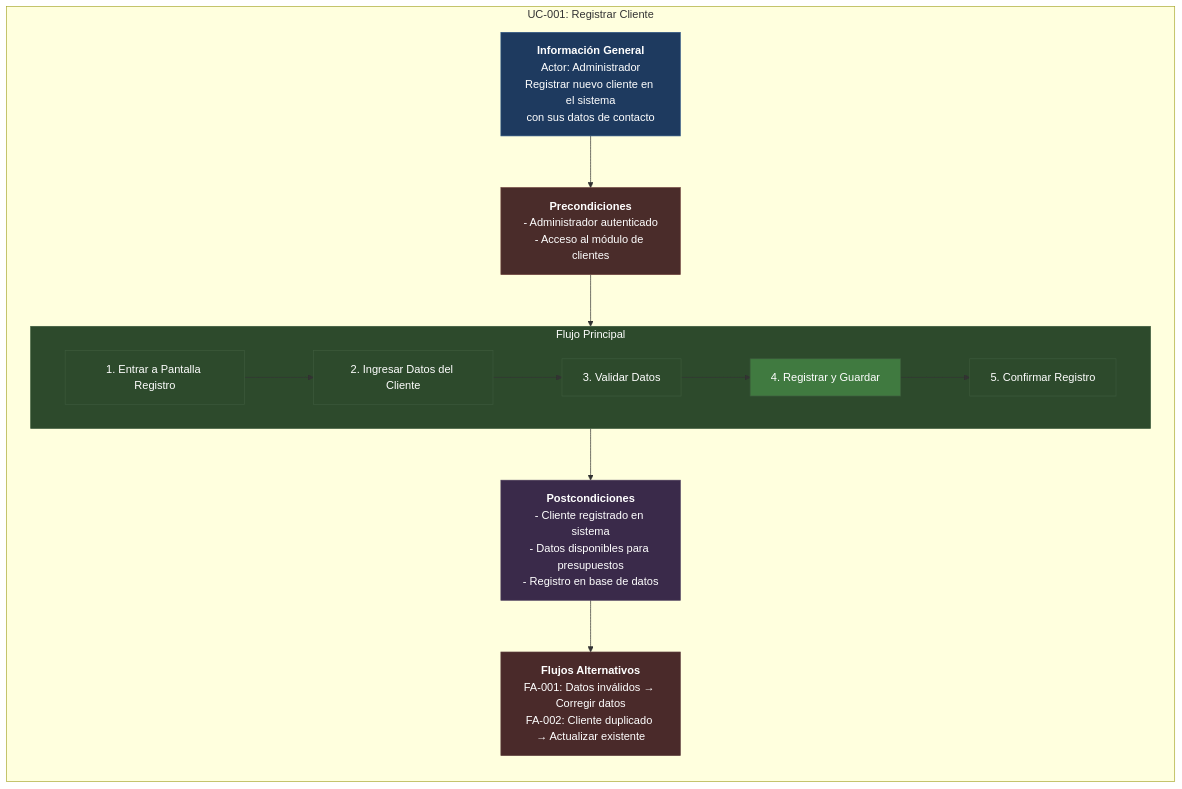
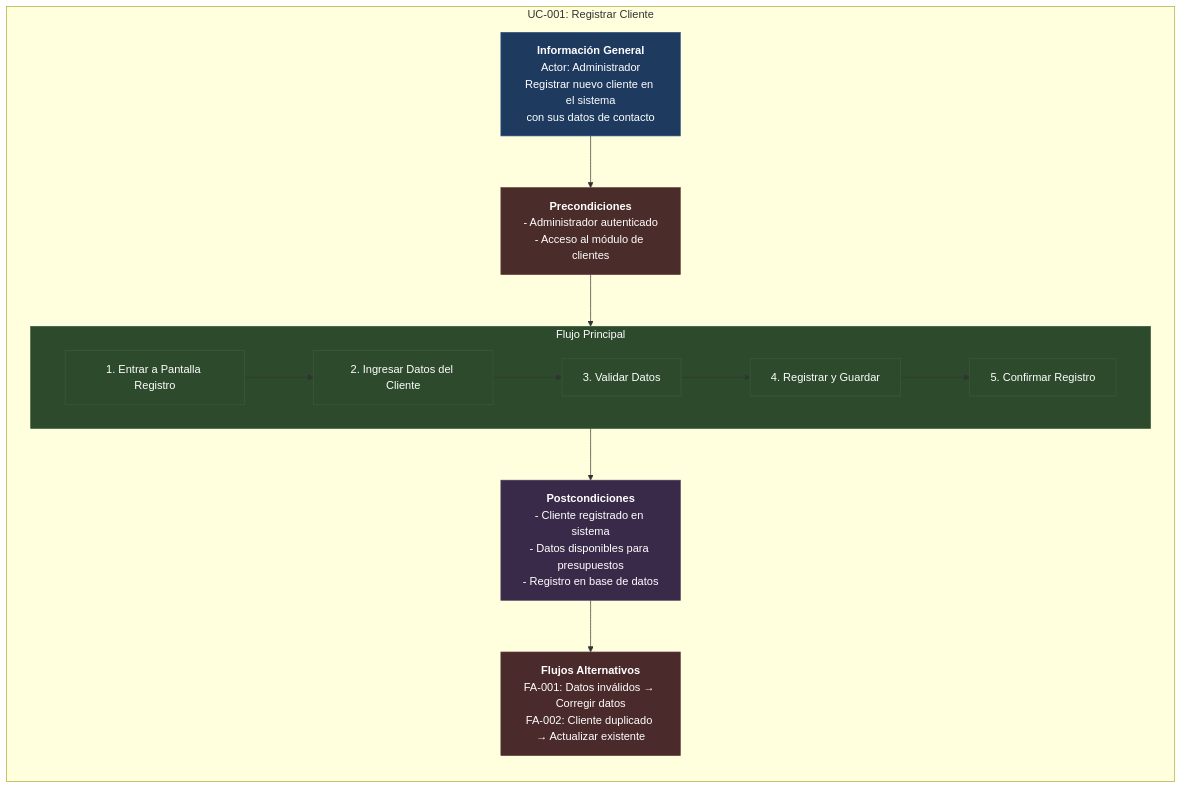
Before and after one commit to Marcos0o0/testttttt: the second of 6 diagrams in test3.md, drawn with Mermaid.

````diff
--- a/test3.md
+++ b/test3.md
@@ -61,37 +61,37 @@
 ```mermaid
 graph TD
     subgraph Registro Cliente [UC-001: Registrar Cliente]
         direction TB
         
         Info["<b>Información General</b><br/>Actor: Administrador<br/>Registrar nuevo cliente en el sistema<br/>con sus datos de contacto"]
         
         Pre["<b>Precondiciones</b><br/>- Administrador autenticado<br/>- Acceso al módulo de clientes"]
         
         subgraph Flujo["Flujo Principal"]
             UC_E[1. Entrar a Pantalla Registro]
             UC_P[2. Ingresar Datos del Cliente]
             UC_V[3. Validar Datos]
             UC_R[4. Registrar y Guardar]
             UC_C[5. Confirmar Registro]
             
             UC_E --> UC_P --> UC_V --> UC_R --> UC_C
         end
         
         Post["<b>Postcondiciones</b><br/>- Cliente registrado en sistema<br/>- Datos disponibles para presupuestos<br/>- Registro en base de datos"]
         
         Alt["<b>Flujos Alternativos</b><br/>FA-001: Datos inválidos → Corregir datos<br/>FA-002: Cliente duplicado → Actualizar existente"]
         
         Info --> Pre --> Flujo --> Post --> Alt
     end
     
     style Info fill:#1e3a5f,stroke:#2c5282,color:#fff
     style Pre fill:#4a2c2a,stroke:#6b3e3a,color:#fff
     style Flujo fill:#2d4a2c,stroke:#3d5a3c,color:#fff
     style Post fill:#3a2a4a,stroke:#4a3a5a,color:#fff
     style Alt fill:#4a2a2a,stroke:#5a3a3a,color:#fff
     style UC_E fill:#2d4a2c,stroke:#3d5a3c,color:#fff
     style UC_P fill:#2d4a2c,stroke:#3d5a3c,color:#fff
     style UC_V fill:#2d4a2c,stroke:#3d5a3c,color:#fff
-    style UC_R fill:#407a40,stroke:#3d5a3c,color:#fff
+    style UC_R fill:#2d4a2c,stroke:#3d5a3c,color:#fff
     style UC_C fill:#2d4a2c,stroke:#3d5a3c,color:#fff
 ```
````
